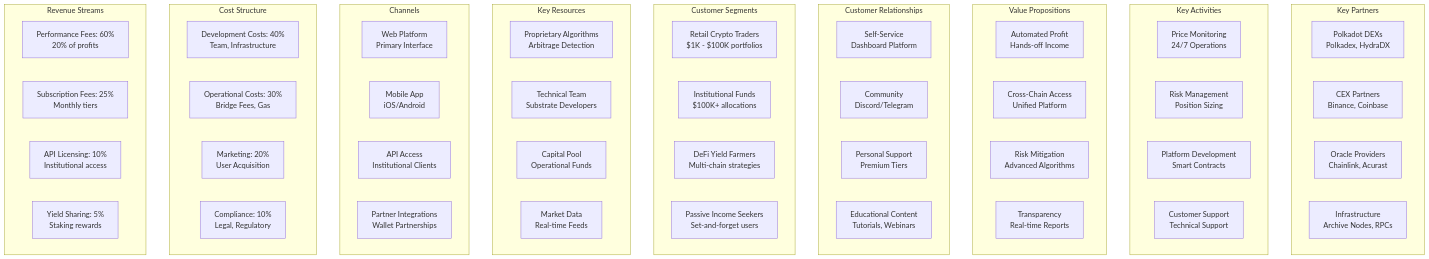
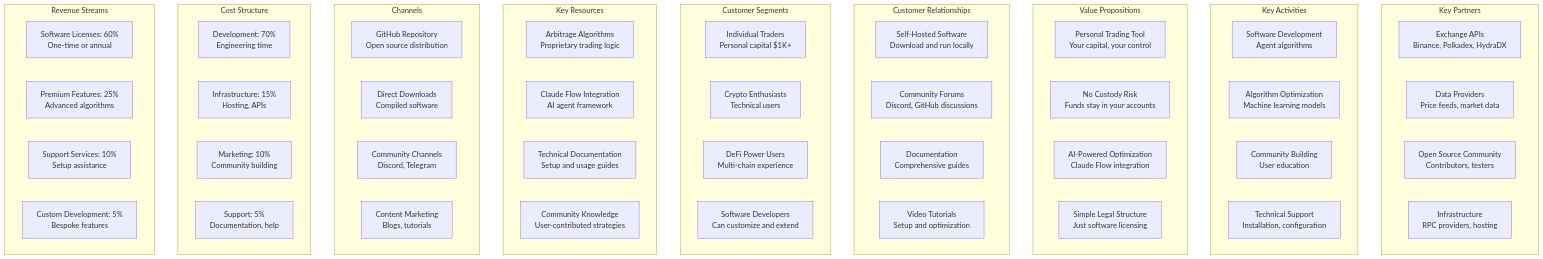
Before and after one commit to michaeloboyle/brainstorm-collaboration: the third of 23 diagrams in ideas/polkadot-arbitrage-system.md, drawn with Mermaid. The commit also changed other lines of this file, not shown here.

````diff
--- a/ideas/polkadot-arbitrage-system.md
+++ b/ideas/polkadot-arbitrage-system.md
@@ -94,65 +96,65 @@
 ```mermaid
 graph TB
     subgraph "Key Partners"
-        KP1[Polkadot DEXs<br/>Polkadex, HydraDX]
-        KP2[CEX Partners<br/>Binance, Coinbase]
-        KP3[Oracle Providers<br/>Chainlink, Acurast]
-        KP4[Infrastructure<br/>Archive Nodes, RPCs]
+        KP1[Exchange APIs<br/>Binance, Polkadex, HydraDX]
+        KP2[Data Providers<br/>Price feeds, market data]
+        KP3[Open Source Community<br/>Contributors, testers]
+        KP4[Infrastructure<br/>RPC providers, hosting]
     end
 
     subgraph "Key Activities"
-        KA1[Price Monitoring<br/>24/7 Operations]
-        KA2[Risk Management<br/>Position Sizing]
-        KA3[Platform Development<br/>Smart Contracts]
-        KA4[Customer Support<br/>Technical Support]
+        KA1[Software Development<br/>Agent algorithms]
+        KA2[Algorithm Optimization<br/>Machine learning models]
+        KA3[Community Building<br/>User education]
+        KA4[Technical Support<br/>Installation, configuration]
     end
 
     subgraph "Value Propositions"
-        VP1[Automated Profit<br/>Hands-off Income]
-        VP2[Cross-Chain Access<br/>Unified Platform]
-        VP3[Risk Mitigation<br/>Advanced Algorithms]
-        VP4[Transparency<br/>Real-time Reports]
+        VP1[Personal Trading Tool<br/>Your capital, your control]
+        VP2[No Custody Risk<br/>Funds stay in your accounts]
+        VP3[AI-Powered Optimization<br/>Claude Flow integration]
+        VP4[Simple Legal Structure<br/>Just software licensing]
     end
 
     subgraph "Customer Relationships"
-        CR1[Self-Service<br/>Dashboard Platform]
-        CR2[Community<br/>Discord/Telegram]
-        CR3[Personal Support<br/>Premium Tiers]
-        CR4[Educational Content<br/>Tutorials, Webinars]
+        CR1[Self-Hosted Software<br/>Download and run locally]
+        CR2[Community Forums<br/>Discord, GitHub discussions]
+        CR3[Documentation<br/>Comprehensive guides]
+        CR4[Video Tutorials<br/>Setup and optimization]
     end
 
     subgraph "Customer Segments"
-        CS1[Retail Crypto Traders<br/>$1K - $100K portfolios]
-        CS2[Institutional Funds<br/>$100K+ allocations]
-        CS3[DeFi Yield Farmers<br/>Multi-chain strategies]
-        CS4[Passive Income Seekers<br/>Set-and-forget users]
+        CS1[Individual Traders<br/>Personal capital $1K+]
+        CS2[Crypto Enthusiasts<br/>Technical users]
+        CS3[DeFi Power Users<br/>Multi-chain experience]
+        CS4[Software Developers<br/>Can customize and extend]
     end
 
     subgraph "Key Resources"
-        KR1[Proprietary Algorithms<br/>Arbitrage Detection]
-        KR2[Technical Team<br/>Substrate Developers]
-        KR3[Capital Pool<br/>Operational Funds]
-        KR4[Market Data<br/>Real-time Feeds]
+        KR1[Arbitrage Algorithms<br/>Proprietary trading logic]
+        KR2[Claude Flow Integration<br/>AI agent framework]
+        KR3[Technical Documentation<br/>Setup and usage guides]
+        KR4[Community Knowledge<br/>User-contributed strategies]
     end
 
     subgraph "Channels"
-        CH1[Web Platform<br/>Primary Interface]
-        CH2[Mobile App<br/>iOS/Android]
-        CH3[API Access<br/>Institutional Clients]
-        CH4[Partner Integrations<br/>Wallet Partnerships]
+        CH1[GitHub Repository<br/>Open source distribution]
+        CH2[Direct Downloads<br/>Compiled software]
+        CH3[Community Channels<br/>Discord, Telegram]
+        CH4[Content Marketing<br/>Blogs, tutorials]
     end
 
     subgraph "Cost Structure"
-        COST1[Development Costs: 40%<br/>Team, Infrastructure]
-        COST2[Operational Costs: 30%<br/>Bridge Fees, Gas]
-        COST3[Marketing: 20%<br/>User Acquisition]
-        COST4[Compliance: 10%<br/>Legal, Regulatory]
+        COST1[Development: 70%<br/>Engineering time]
+        COST2[Infrastructure: 15%<br/>Hosting, APIs]
+        COST3[Marketing: 10%<br/>Community building]
+        COST4[Support: 5%<br/>Documentation, help]
     end
 
     subgraph "Revenue Streams"
-        REV1[Performance Fees: 60%<br/>20% of profits]
-        REV2[Subscription Fees: 25%<br/>Monthly tiers]
-        REV3[API Licensing: 10%<br/>Institutional access]
-        REV4[Yield Sharing: 5%<br/>Staking rewards]
+        REV1[Software Licenses: 60%<br/>One-time or annual]
+        REV2[Premium Features: 25%<br/>Advanced algorithms]
+        REV3[Support Services: 10%<br/>Setup assistance]
+        REV4[Custom Development: 5%<br/>Bespoke features]
     end
 ```
````
